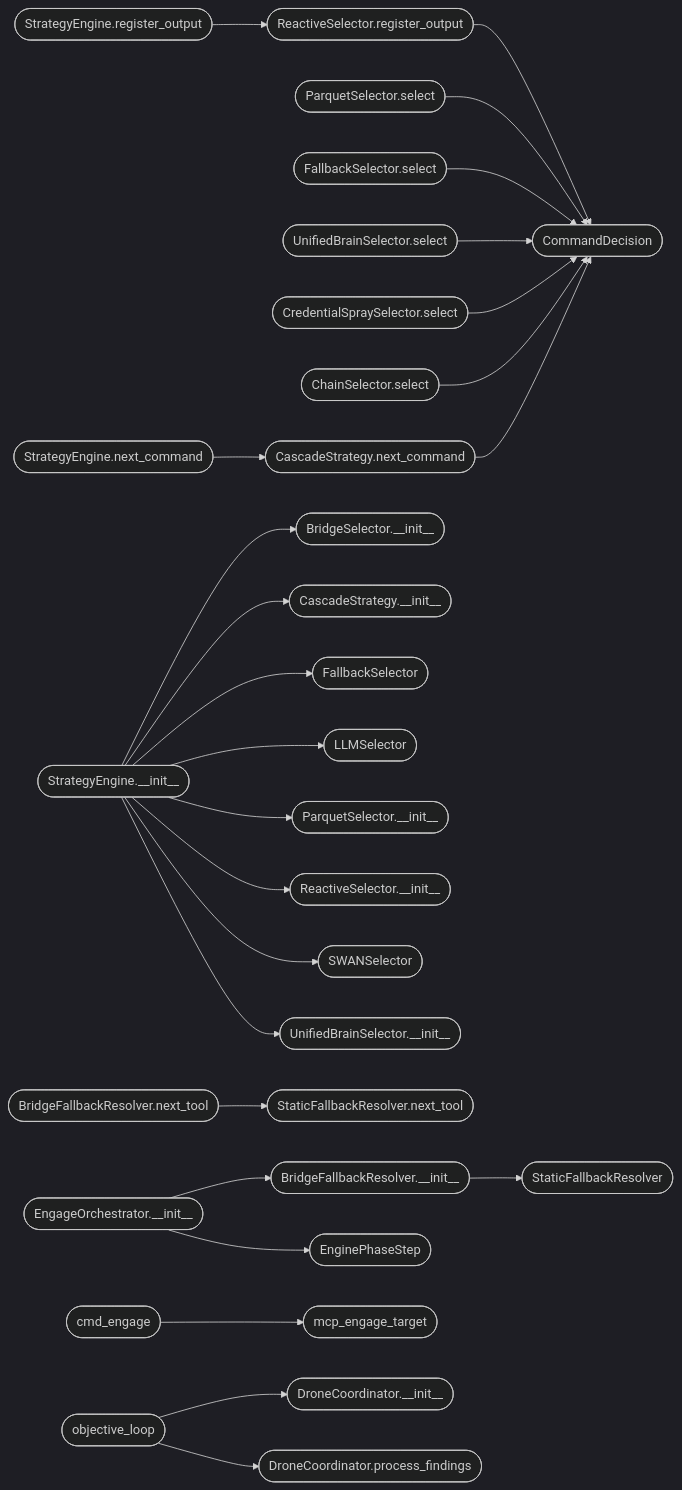
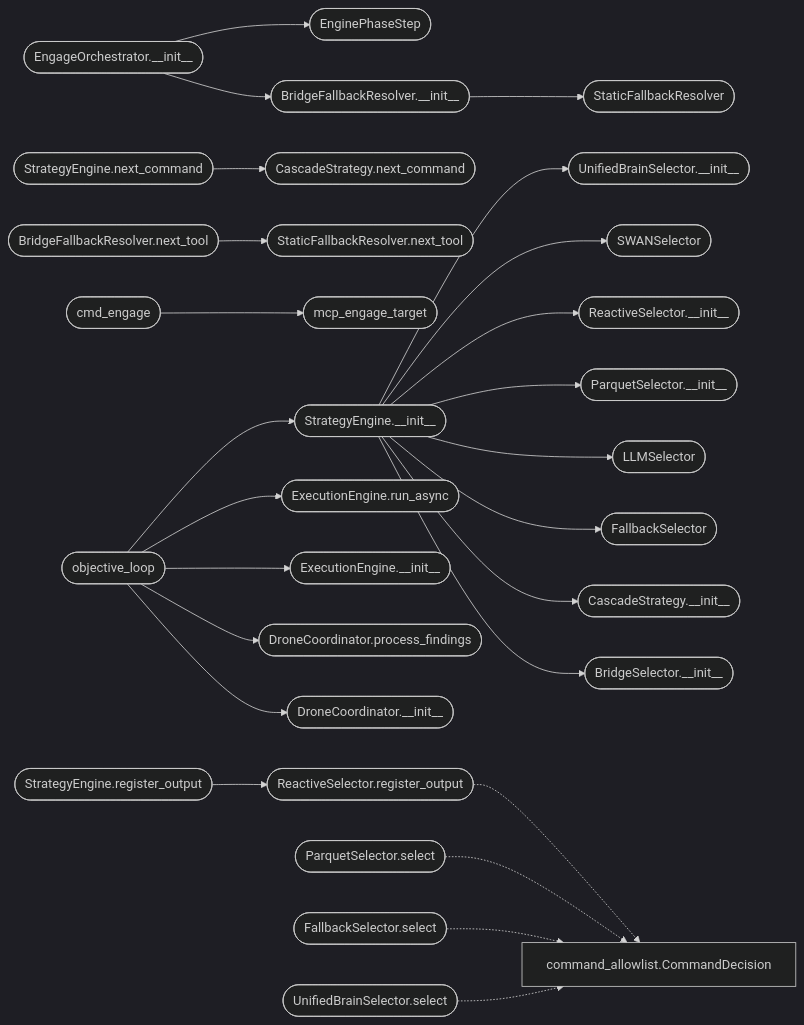
The second of 2 diagrams in readmenator-apidocs/modules/skills.autonomous_daemon.py.md (grisuno/LazyOwn), drawn with Mermaid (dark theme) before and after one commit. The commit also changed other lines of this file and 768 other files, not shown here.

````diff
--- a/readmenator-apidocs/modules/skills.autonomous_daemon.py.md
+++ b/readmenator-apidocs/modules/skills.autonomous_daemon.py.md
@@ -169,57 +164,57 @@
 ```mermaid
 flowchart LR
-    n_skills_autonomous_daemon_py__ReactiveSelector_register_output(["ReactiveSelector.register_output"])
-    n_skills_autonomous_daemon_py__CommandDecision(["CommandDecision"])
-    n_skills_autonomous_daemon_py__ParquetSelector_select(["ParquetSelector.select"])
-    n_skills_autonomous_daemon_py__FallbackSelector_select(["FallbackSelector.select"])
-    n_skills_autonomous_daemon_py__UnifiedBrainSelector_select(["UnifiedBrainSelector.select"])
-    n_skills_autonomous_daemon_py__CredentialSpraySelector_select(["CredentialSpraySelector.select"])
-    n_skills_autonomous_daemon_py__ChainSelector_select(["ChainSelector.select"])
-    n_skills_autonomous_daemon_py__CascadeStrategy_next_command(["CascadeStrategy.next_command"])
     n_skills_autonomous_daemon_py__StrategyEngine___init__(["StrategyEngine.__init__"])
     n_skills_autonomous_daemon_py__BridgeSelector___init__(["BridgeSelector.__init__"])
     n_skills_autonomous_daemon_py__CascadeStrategy___init__(["CascadeStrategy.__init__"])
     n_skills_autonomous_daemon_py__FallbackSelector(["FallbackSelector"])
     n_skills_autonomous_daemon_py__LLMSelector(["LLMSelector"])
     n_skills_autonomous_daemon_py__ParquetSelector___init__(["ParquetSelector.__init__"])
     n_skills_autonomous_daemon_py__ReactiveSelector___init__(["ReactiveSelector.__init__"])
     n_skills_autonomous_daemon_py__SWANSelector(["SWANSelector"])
     n_skills_autonomous_daemon_py__UnifiedBrainSelector___init__(["UnifiedBrainSelector.__init__"])
     n_skills_autonomous_daemon_py__StrategyEngine_register_output(["StrategyEngine.register_output"])
+    n_skills_autonomous_daemon_py__ReactiveSelector_register_output(["ReactiveSelector.register_output"])
     n_skills_autonomous_daemon_py__StrategyEngine_next_command(["StrategyEngine.next_command"])
+    n_skills_autonomous_daemon_py__CascadeStrategy_next_command(["CascadeStrategy.next_command"])
     n_skills_autonomous_daemon_py__BridgeFallbackResolver___init__(["BridgeFallbackResolver.__init__"])
     n_skills_autonomous_daemon_py__StaticFallbackResolver(["StaticFallbackResolver"])
     n_skills_autonomous_daemon_py__BridgeFallbackResolver_next_tool(["BridgeFallbackResolver.next_tool"])
     n_skills_autonomous_daemon_py__StaticFallbackResolver_next_tool(["StaticFallbackResolver.next_tool"])
     n_skills_autonomous_daemon_py__EngageOrchestrator___init__(["EngageOrchestrator.__init__"])
     n_skills_autonomous_daemon_py__EnginePhaseStep(["EnginePhaseStep"])
     n_skills_autonomous_daemon_py__cmd_engage(["cmd_engage"])
     n_skills_autonomous_daemon_py__mcp_engage_target(["mcp_engage_target"])
     n_skills_autonomous_daemon_py__objective_loop(["objective_loop"])
     n_skills_autonomous_daemon_py__DroneCoordinator___init__(["DroneCoordinator.__init__"])
     n_skills_autonomous_daemon_py__DroneCoordinator_process_findings(["DroneCoordinator.process_findings"])
-    n_skills_autonomous_daemon_py__ReactiveSelector_register_output --> n_skills_autonomous_daemon_py__CommandDecision
-    n_skills_autonomous_daemon_py__ParquetSelector_select --> n_skills_autonomous_daemon_py__CommandDecision
-    n_skills_autonomous_daemon_py__FallbackSelector_select --> n_skills_autonomous_daemon_py__CommandDecision
-    n_skills_autonomous_daemon_py__UnifiedBrainSelector_select --> n_skills_autonomous_daemon_py__CommandDecision
-    n_skills_autonomous_daemon_py__CredentialSpraySelector_select --> n_skills_autonomous_daemon_py__CommandDecision
-    n_skills_autonomous_daemon_py__ChainSelector_select --> n_skills_autonomous_daemon_py__CommandDecision
-    n_skills_autonomous_daemon_py__CascadeStrategy_next_command --> n_skills_autonomous_daemon_py__CommandDecision
+    n_skills_autonomous_daemon_py__ExecutionEngine___init__(["ExecutionEngine.__init__"])
+    n_skills_autonomous_daemon_py__ExecutionEngine_run_async(["ExecutionEngine.run_async"])
+    n_lazyc2_security_command_allowlist_py__CommandDecision["command_allowlist.CommandDecision"]
+    n_skills_autonomous_daemon_py__ParquetSelector_select(["ParquetSelector.select"])
+    n_skills_autonomous_daemon_py__FallbackSelector_select(["FallbackSelector.select"])
+    n_skills_autonomous_daemon_py__UnifiedBrainSelector_select(["UnifiedBrainSelector.select"])
     n_skills_autonomous_daemon_py__StrategyEngine___init__ --> n_skills_autonomous_daemon_py__BridgeSelector___init__
     n_skills_autonomous_daemon_py__StrategyEngine___init__ --> n_skills_autonomous_daemon_py__CascadeStrategy___init__
     n_skills_autonomous_daemon_py__StrategyEngine___init__ --> n_skills_autonomous_daemon_py__FallbackSelector
     n_skills_autonomous_daemon_py__StrategyEngine___init__ --> n_skills_autonomous_daemon_py__LLMSelector
     n_skills_autonomous_daemon_py__StrategyEngine___init__ --> n_skills_autonomous_daemon_py__ParquetSelector___init__
     n_skills_autonomous_daemon_py__StrategyEngine___init__ --> n_skills_autonomous_daemon_py__ReactiveSelector___init__
     n_skills_autonomous_daemon_py__StrategyEngine___init__ --> n_skills_autonomous_daemon_py__SWANSelector
     n_skills_autonomous_daemon_py__StrategyEngine___init__ --> n_skills_autonomous_daemon_py__UnifiedBrainSelector___init__
     n_skills_autonomous_daemon_py__StrategyEngine_register_output --> n_skills_autonomous_daemon_py__ReactiveSelector_register_output
     n_skills_autonomous_daemon_py__StrategyEngine_next_command --> n_skills_autonomous_daemon_py__CascadeStrategy_next_command
     n_skills_autonomous_daemon_py__BridgeFallbackResolver___init__ --> n_skills_autonomous_daemon_py__StaticFallbackResolver
     n_skills_autonomous_daemon_py__BridgeFallbackResolver_next_tool --> n_skills_autonomous_daemon_py__StaticFallbackResolver_next_tool
     n_skills_autonomous_daemon_py__EngageOrchestrator___init__ --> n_skills_autonomous_daemon_py__BridgeFallbackResolver___init__
     n_skills_autonomous_daemon_py__EngageOrchestrator___init__ --> n_skills_autonomous_daemon_py__EnginePhaseStep
     n_skills_autonomous_daemon_py__cmd_engage --> n_skills_autonomous_daemon_py__mcp_engage_target
     n_skills_autonomous_daemon_py__objective_loop --> n_skills_autonomous_daemon_py__DroneCoordinator___init__
     n_skills_autonomous_daemon_py__objective_loop --> n_skills_autonomous_daemon_py__DroneCoordinator_process_findings
+    n_skills_autonomous_daemon_py__objective_loop --> n_skills_autonomous_daemon_py__ExecutionEngine___init__
+    n_skills_autonomous_daemon_py__objective_loop --> n_skills_autonomous_daemon_py__ExecutionEngine_run_async
+    n_skills_autonomous_daemon_py__objective_loop --> n_skills_autonomous_daemon_py__StrategyEngine___init__
+    n_skills_autonomous_daemon_py__ReactiveSelector_register_output -.-> n_lazyc2_security_command_allowlist_py__CommandDecision
+    n_skills_autonomous_daemon_py__ParquetSelector_select -.-> n_lazyc2_security_command_allowlist_py__CommandDecision
+    n_skills_autonomous_daemon_py__FallbackSelector_select -.-> n_lazyc2_security_command_allowlist_py__CommandDecision
+    n_skills_autonomous_daemon_py__UnifiedBrainSelector_select -.-> n_lazyc2_security_command_allowlist_py__CommandDecision
 ```
````
